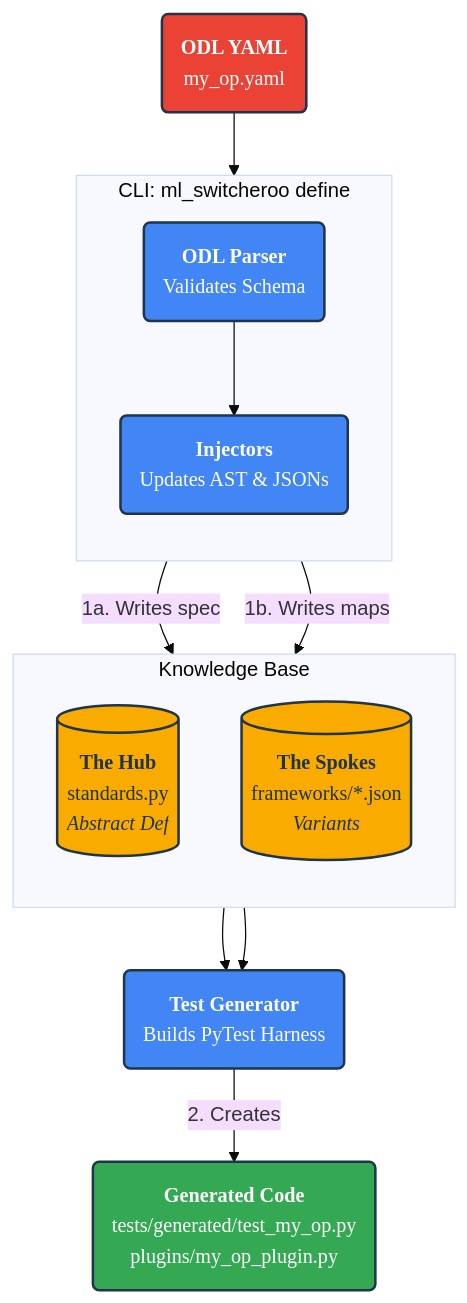
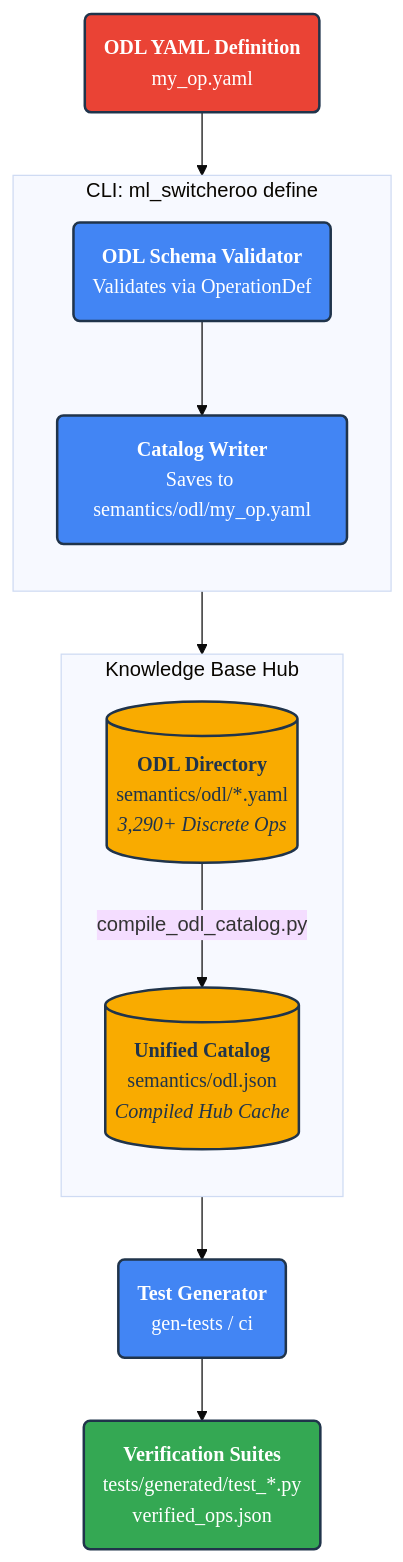
One commit to SamuelMarks/ml-switcheroo changed the diagram in EXTENDING_WITH_DSL.md. Above: the diagram before and after it, drawn with Mermaid (base theme). The commit also changed other lines of this file and 7 other files, not shown here.

Commit message:
[*.md] Update docs ; [scripts/audit_against_snapshots.py,tests/test_audit_against_snapshots.py] CI fixes

````diff
--- a/EXTENDING_WITH_DSL.md
+++ b/EXTENDING_WITH_DSL.md
@@ -18,41 +18,37 @@
 ```mermaid
 graph TD
     %% --- STYLE DEFINITIONS ---
     classDef default font-family:'Google Sans',color:#20344b,stroke:#20344b;
     classDef file fill:#ea4335,stroke:#20344b,stroke-width:2px,color:#ffffff,font-family:'Google Sans',rx:5px;
     classDef process fill:#4285f4,stroke:#20344b,stroke-width:2px,color:#ffffff,font-family:'Google Sans',rx:5px;
     classDef hub fill:#f9ab00,stroke:#20344b,stroke-width:2px,color:#20344b,font-family:'Google Sans',rx:5px;
     classDef output fill:#34a853,stroke:#20344b,stroke-width:2px,color:#ffffff,font-family:'Google Sans',rx:5px;
-    classDef generated fill:#57caff,stroke:#20344b,stroke-width:2px,color:#20344b,font-family:'Google Sans',rx:5px;
 
     %% --- NODES ---
-    YAML("<b>ODL YAML</b><br/>my_op.yaml"):::file
+    YAML("<b>ODL YAML Definition</b><br/>my_op.yaml"):::file
 
     subgraph CLI [" CLI: ml_switcheroo define "]
         direction TB
-        PARSER("<b>ODL Parser</b><br/>Validates Schema"):::process
-        INJECTOR("<b>Injectors</b><br/>Updates AST & JSONs"):::process
+        PARSER("<b>ODL Schema Validator</b><br/>Validates via OperationDef"):::process
+        INJECTOR("<b>Catalog Writer</b><br/>Saves to semantics/odl/my_op.yaml"):::process
 
         PARSER --> INJECTOR
     end
 
-    subgraph KB [" Knowledge Base "]
+    subgraph KB [" Knowledge Base Hub "]
         direction TB
-        HUB[("<b>The Hub</b><br/>standards.py<br/><i>Abstract Def</i>")]:::hub
-        SPOKE[("<b>The Spokes</b><br/>frameworks/*.json<br/><i>Variants</i>")]:::hub
+        ODL_DIR[("<b>ODL Directory</b><br/>semantics/odl/*.yaml<br/><i>3,290+ Discrete Ops</i>")]:::hub
+        CATALOG[("<b>Unified Catalog</b><br/>semantics/odl.json<br/><i>Compiled Hub Cache</i>")]:::hub
+        ODL_DIR -->|"compile_odl_catalog.py"| CATALOG
     end
 
-    TEST_GEN("<b>Test Generator</b><br/>Builds PyTest Harness"):::process
+    TEST_GEN("<b>Test Generator</b><br/>gen-tests / ci"):::process
 
-    ARTIFACTS("<b>Generated Code</b><br/>tests/generated/test_my_op.py<br/>plugins/my_op_plugin.py"):::output
+    ARTIFACTS("<b>Verification Suites</b><br/>tests/generated/test_*.py<br/>verified_ops.json"):::output
 
     %% --- EDGES ---
     YAML --> PARSER
-    INJECTOR -->|" 1a. Writes spec "| HUB
-    INJECTOR -->|" 1b. Writes maps "| SPOKE
-
-    HUB --> TEST_GEN
-    SPOKE --> TEST_GEN
-
-    TEST_GEN -->|" 2. Creates "| ARTIFACTS
+    INJECTOR --> ODL_DIR
+    CATALOG --> TEST_GEN
+    TEST_GEN --> ARTIFACTS
 ```
````
